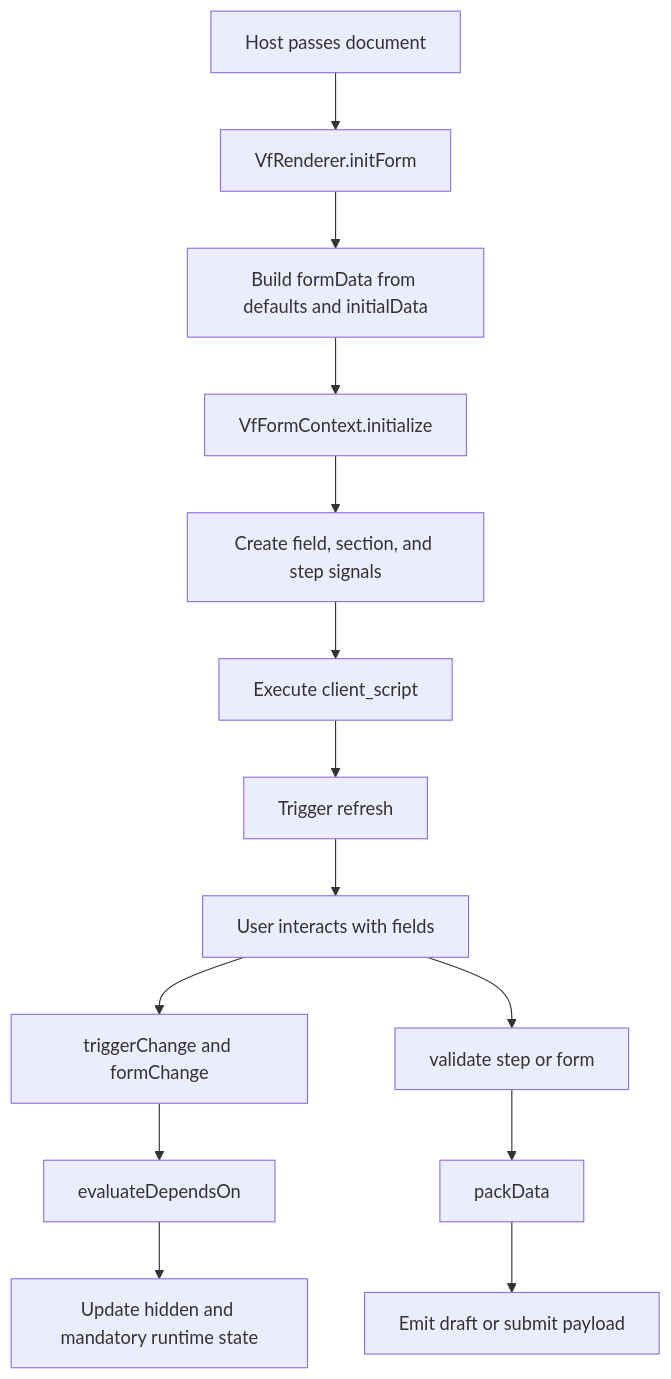
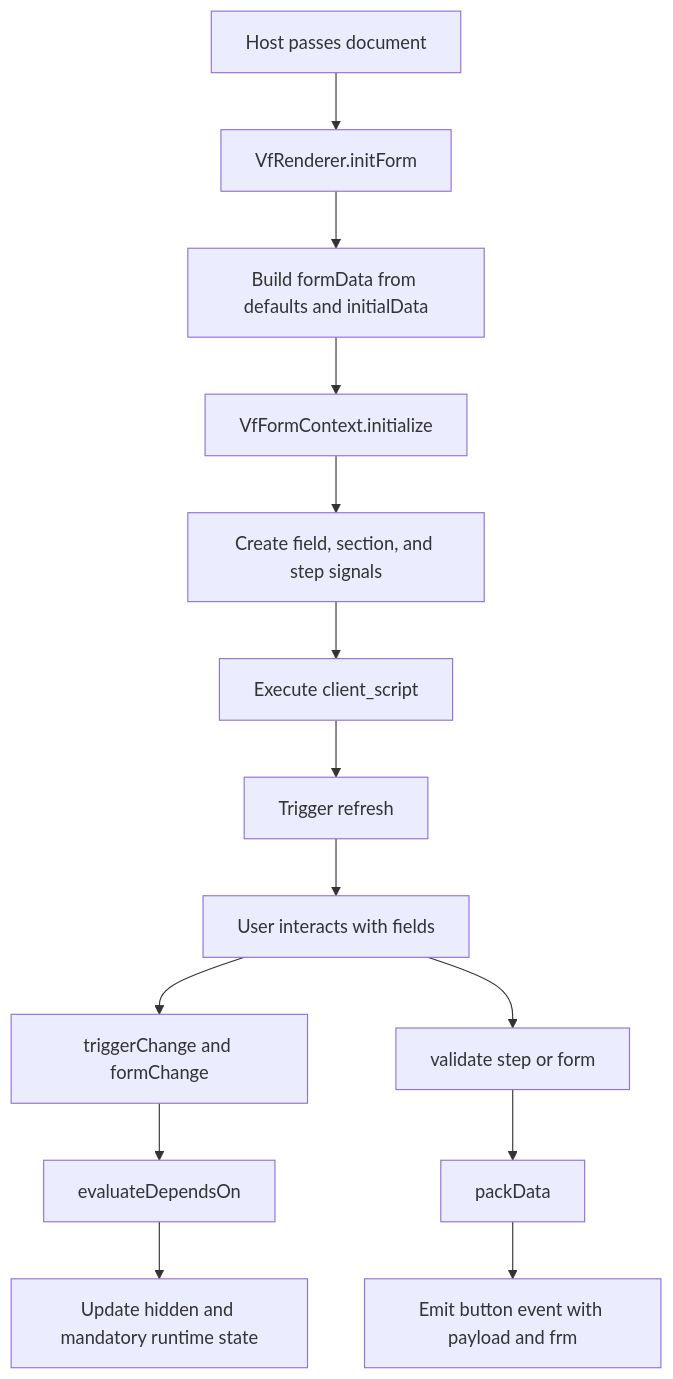
Before and after one commit to DonnC/vant-flow: the first of 3 diagrams in data/docs/renderer-architecture.md, drawn with Mermaid. The commit also changed other lines of this file and 28 other files, not shown here.

````diff
--- a/data/docs/renderer-architecture.md
+++ b/data/docs/renderer-architecture.md
@@ -17,16 +17,16 @@
 ```mermaid
 flowchart TD
     A[Host passes document] --> B[VfRenderer.initForm]
     B --> C[Build formData from defaults and initialData]
     C --> D[VfFormContext.initialize]
     D --> E[Create field, section, and step signals]
     E --> F[Execute client_script]
     F --> G[Trigger refresh]
     G --> H[User interacts with fields]
     H --> I[triggerChange and formChange]
     I --> J[evaluateDependsOn]
     J --> K[Update hidden and mandatory runtime state]
     H --> L[validate step or form]
     L --> M[packData]
-    M --> N[Emit draft or submit payload]
+    M --> N[Emit button event with payload and frm]
 ```
````
